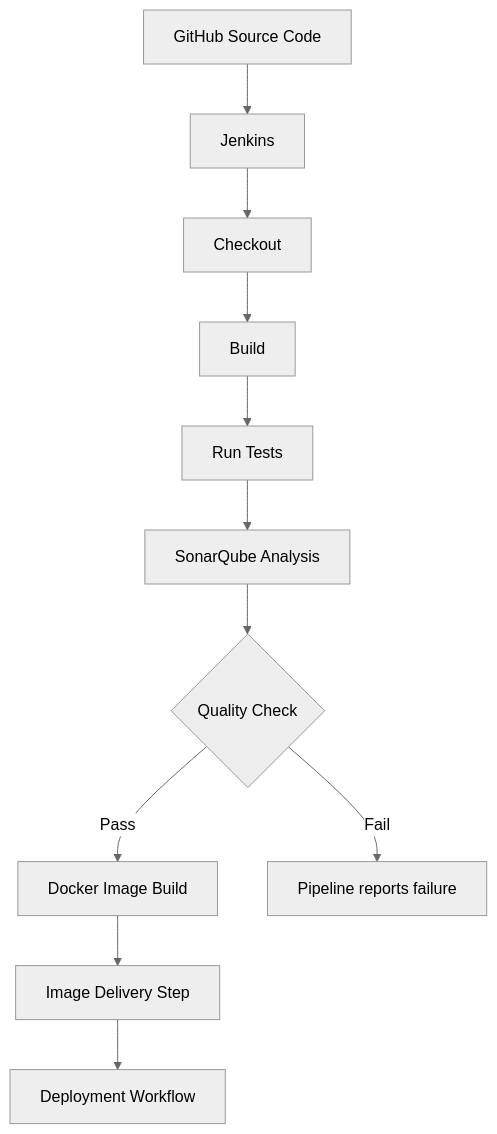
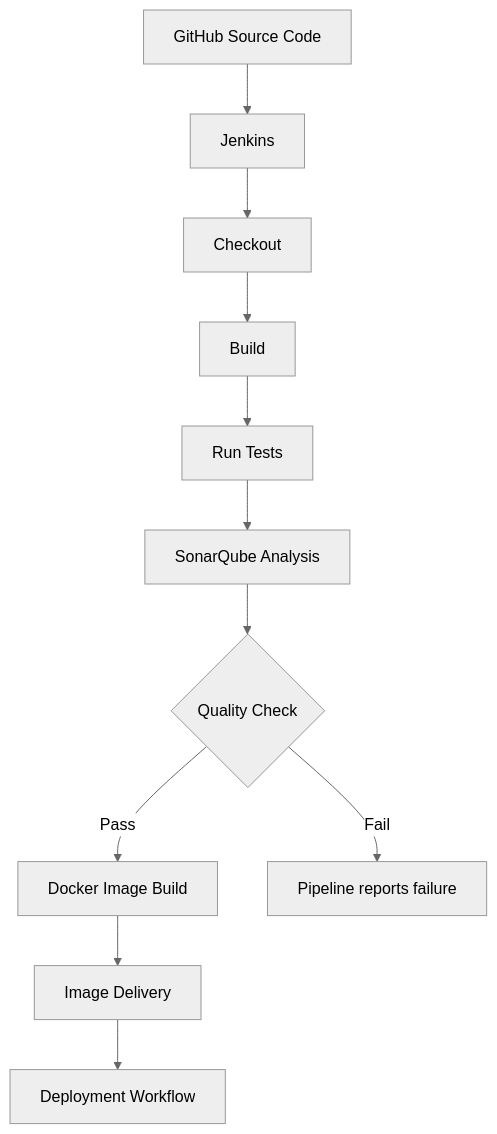
Before and after one commit to kantamnenimanusha/cloudops-360: the fourth of 8 diagrams in README.md, drawn with Mermaid (neutral theme). The commit also changed other lines of this file, not shown here.

````diff
--- a/README.md
+++ b/README.md
@@ -365,18 +376,18 @@
 ```mermaid
 flowchart TD
     A["GitHub Source Code"]
     B["Jenkins"]
     C["Checkout"]
     D["Build"]
     E["Run Tests"]
     F["SonarQube Analysis"]
     G{"Quality Check"}
     H["Docker Image Build"]
-    I["Image Delivery Step"]
+    I["Image Delivery"]
     J["Deployment Workflow"]
 
     A --> B --> C --> D --> E --> F --> G
     G -->|Pass| H
     G -->|Fail| X["Pipeline reports failure"]
     H --> I --> J
 ```
````
